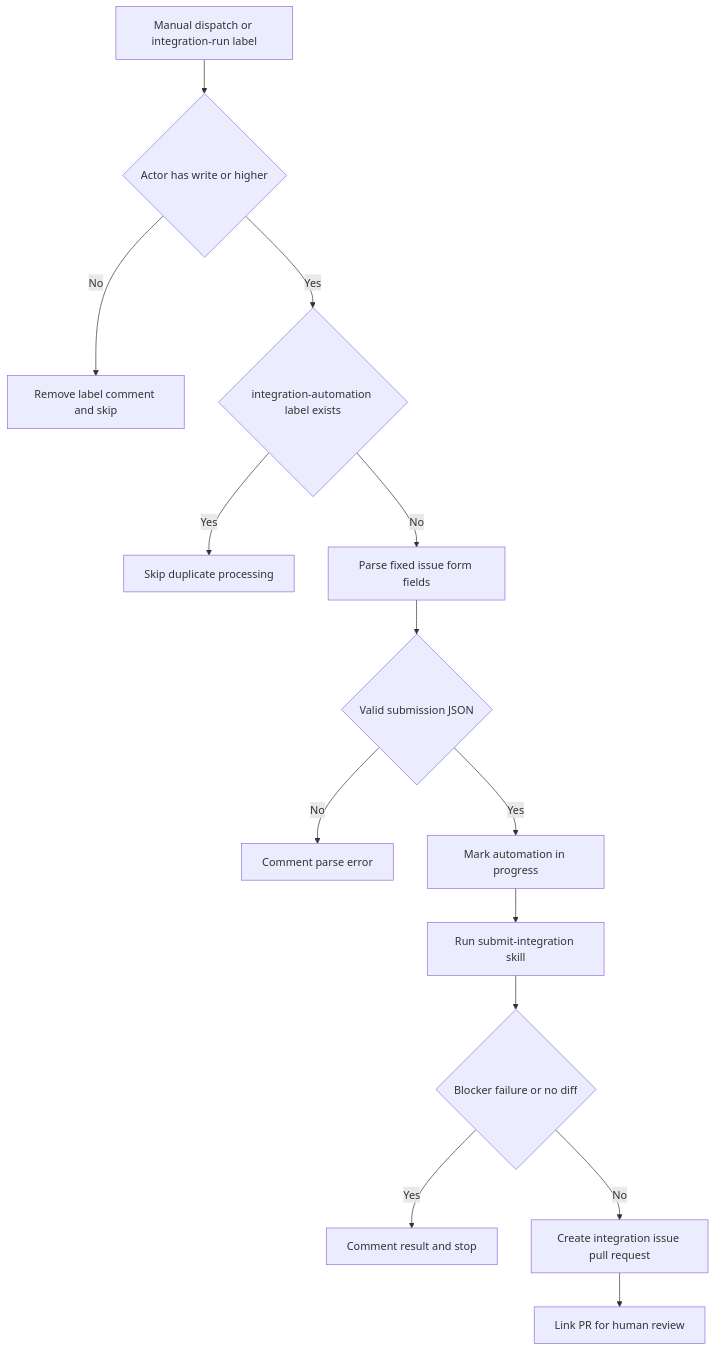
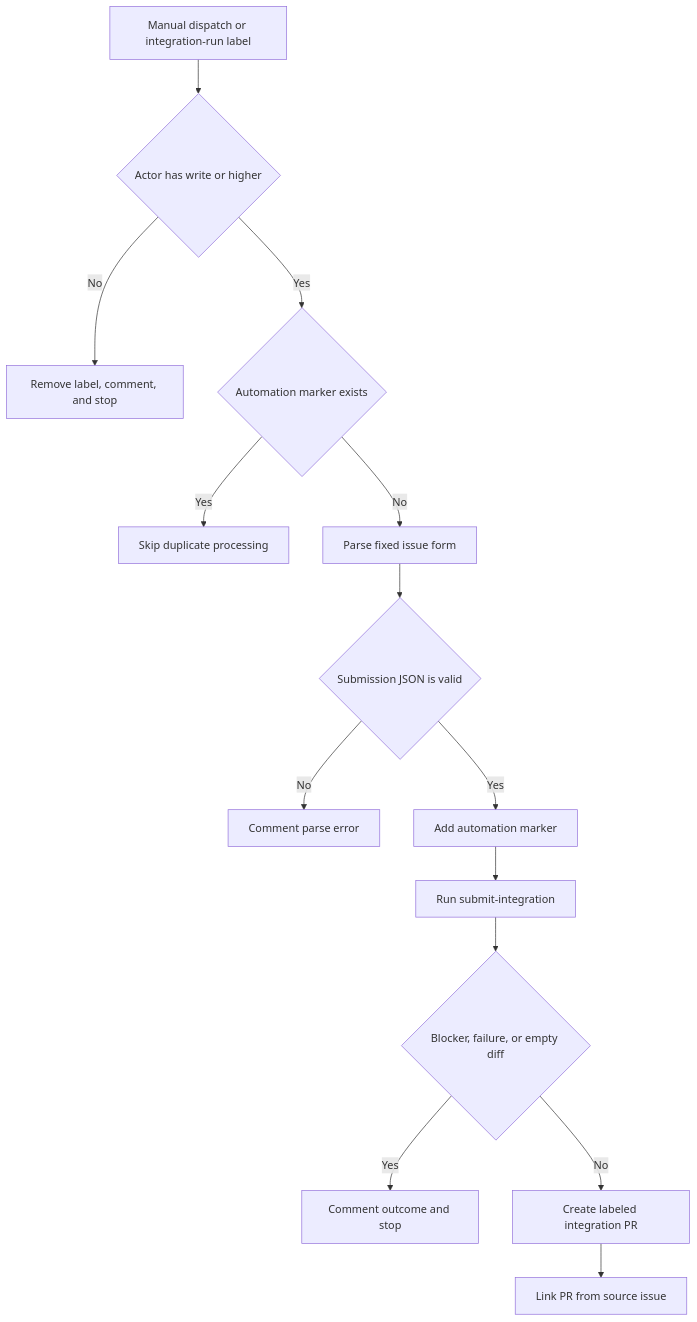
One commit to langchain-ai/docs changed the third of 3 diagrams in openwiki/operations/agent-skills.md. Above: the diagram before and after it, drawn with Mermaid. The commit also changed other lines of this file and 33 other files, not shown here.

````diff
--- a/openwiki/operations/agent-skills.md
+++ b/openwiki/operations/agent-skills.md
@@ -178,16 +166,16 @@
 ```mermaid
 flowchart TD
   Trigger["Manual dispatch or integration-run label"] --> Auth{"Actor has write or higher"}
-  Auth -- "No" --> Reject["Remove label comment and skip"]
-  Auth -- "Yes" --> Seen{"integration-automation label exists"}
+  Auth -- "No" --> Reject["Remove label, comment, and stop"]
+  Auth -- "Yes" --> Seen{"Automation marker exists"}
   Seen -- "Yes" --> Skip["Skip duplicate processing"]
-  Seen -- "No" --> Parse["Parse fixed issue form fields"]
-  Parse --> Parsed{"Valid submission JSON"}
-  Parsed -- "No" --> ParseError["Comment parse error"]
-  Parsed -- "Yes" --> Mark["Mark automation in progress"]
-  Mark --> Agent["Run submit-integration skill"]
-  Agent --> Result{"Blocker failure or no diff"}
-  Result -- "Yes" --> Report["Comment result and stop"]
-  Result -- "No" --> PullRequest["Create integration issue pull request"]
-  PullRequest --> Review["Link PR for human review"]
+  Seen -- "No" --> Parse["Parse fixed issue form"]
+  Parse --> Valid{"Submission JSON is valid"}
+  Valid -- "No" --> ParseError["Comment parse error"]
+  Valid -- "Yes" --> Mark["Add automation marker"]
+  Mark --> Agent["Run submit-integration"]
+  Agent --> Outcome{"Blocker, failure, or empty diff"}
+  Outcome -- "Yes" --> Report["Comment outcome and stop"]
+  Outcome -- "No" --> PR["Create labeled integration PR"]
+  PR --> Link["Link PR from source issue"]
 ```
````
